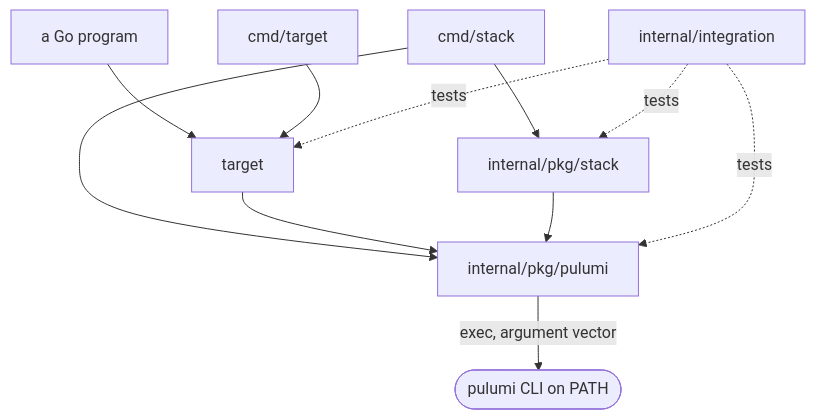
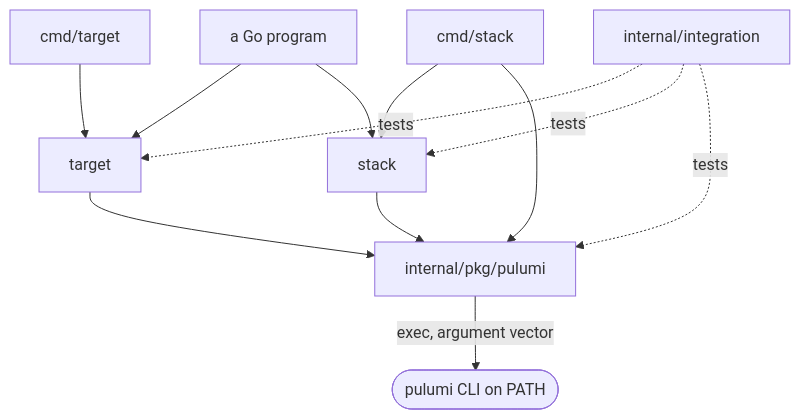
One commit to oleg-tkachuk/pulumi-kit changed the first of 2 diagrams in docs/design.md. Above: the diagram before and after it, drawn with Mermaid. The commit also changed other lines of this file and 9 other files, not shown here.

````diff
--- a/docs/design.md
+++ b/docs/design.md
@@ -14,11 +14,11 @@
 ```mermaid
 flowchart TD
-    consumer["a Go program"] --> target
+    consumer["a Go program"] --> target & stack
     cmdTarget["cmd/target"] --> target
-    cmdStack["cmd/stack"] --> stack["internal/pkg/stack"]
+    cmdStack["cmd/stack"] --> stack
     cmdStack --> pulumi["internal/pkg/pulumi"]
     target --> pulumi
     stack --> pulumi
     pulumi -->|"exec, argument vector"| cli(["pulumi CLI on PATH"])
     integration["internal/integration"] -.->|tests| target & stack & pulumi
 ```
````
